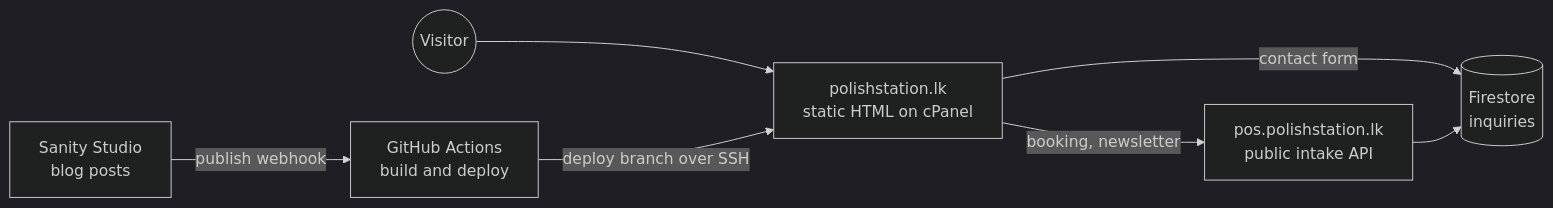
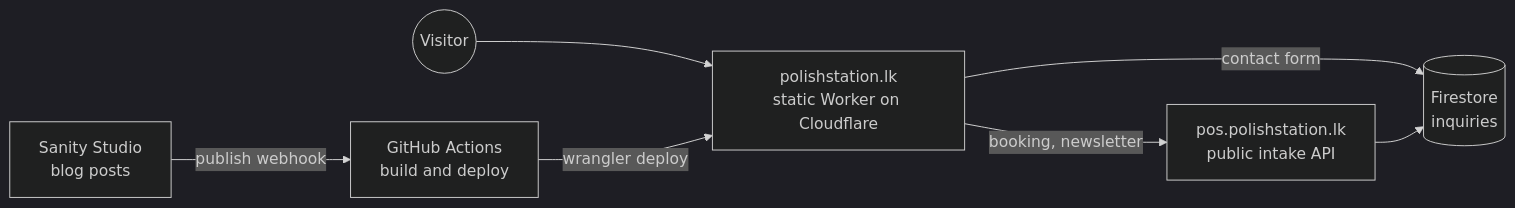
The first of 2 diagrams in README.md (saadmaz/Polish-Station-Website), drawn with Mermaid (dark theme) before and after one commit. The commit also changed other lines of this file and 17 other files, not shown here.

````diff
--- a/README.md
+++ b/README.md
@@ -88,9 +88,9 @@
 ```mermaid
 flowchart LR
-  Visitor((Visitor)) --> Site["polishstation.lk<br/>static HTML on cPanel"]
+  Visitor((Visitor)) --> Site["polishstation.lk<br/>static Worker on Cloudflare"]
   Site -- booking, newsletter --> POSAPI["pos.polishstation.lk<br/>public intake API"]
   Site -- contact form --> Firestore[("Firestore<br/>inquiries")]
   POSAPI --> Firestore
   Sanity["Sanity Studio<br/>blog posts"] -- publish webhook --> GHA["GitHub Actions<br/>build and deploy"]
-  GHA -- deploy branch over SSH --> Site
+  GHA -- wrangler deploy --> Site
 ```
````
